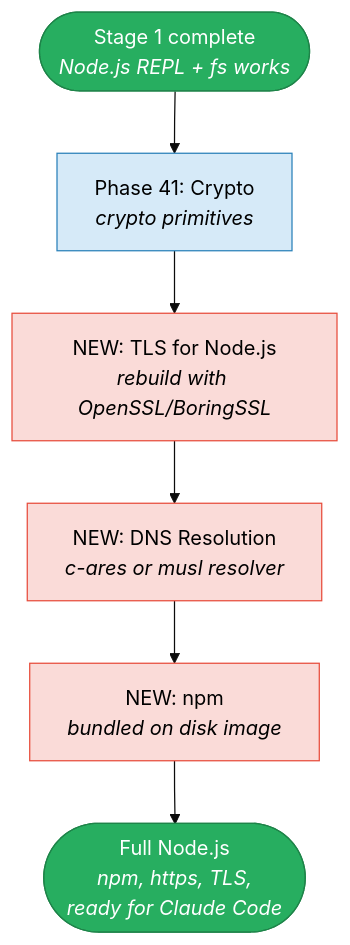
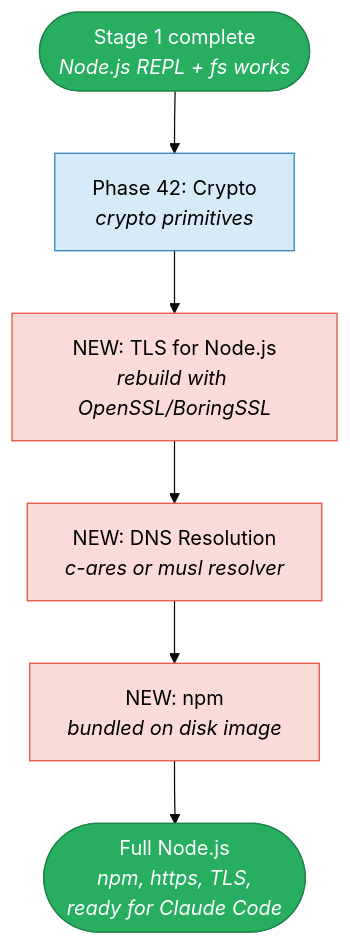
One commit to mikecubed/m3OS changed the fourth of 5 diagrams in docs/nodejs-roadmap.md. Above: the diagram before and after it, drawn with Mermaid (base theme). The commit also changed other lines of this file and 34 other files, not shown here.

````diff
--- a/docs/nodejs-roadmap.md
+++ b/docs/nodejs-roadmap.md
@@ -400,23 +400,23 @@
 ```mermaid
 flowchart TD
     S1(["Stage 1 complete<br/><i>Node.js REPL + fs works</i>"])
 
-    P41["Phase 41: Crypto<br/><i>crypto primitives</i>"]
+    P42["Phase 42: Crypto<br/><i>crypto primitives</i>"]
     TLS["NEW: TLS for Node.js<br/><i>rebuild with OpenSSL/BoringSSL</i>"]
     DNS["NEW: DNS Resolution<br/><i>c-ares or musl resolver</i>"]
     NPM["NEW: npm<br/><i>bundled on disk image</i>"]
     DONE(["Full Node.js<br/><i>npm, https, TLS,<br/>ready for Claude Code</i>"])
 
-    S1 --> P41
-    P41 --> TLS
+    S1 --> P42
+    P42 --> TLS
     TLS --> DNS
     DNS --> NPM
     NPM --> DONE
 
     style S1 fill:#27ae60,stroke:#1e8449,color:#fff
-    style P41 fill:#d6eaf8,stroke:#2980b9,color:#000
+    style P42 fill:#d6eaf8,stroke:#2980b9,color:#000
     style TLS fill:#fadbd8,stroke:#e74c3c,color:#000
     style DNS fill:#fadbd8,stroke:#e74c3c,color:#000
     style NPM fill:#fadbd8,stroke:#e74c3c,color:#000
     style DONE fill:#27ae60,stroke:#1e8449,color:#fff
 ```
````
